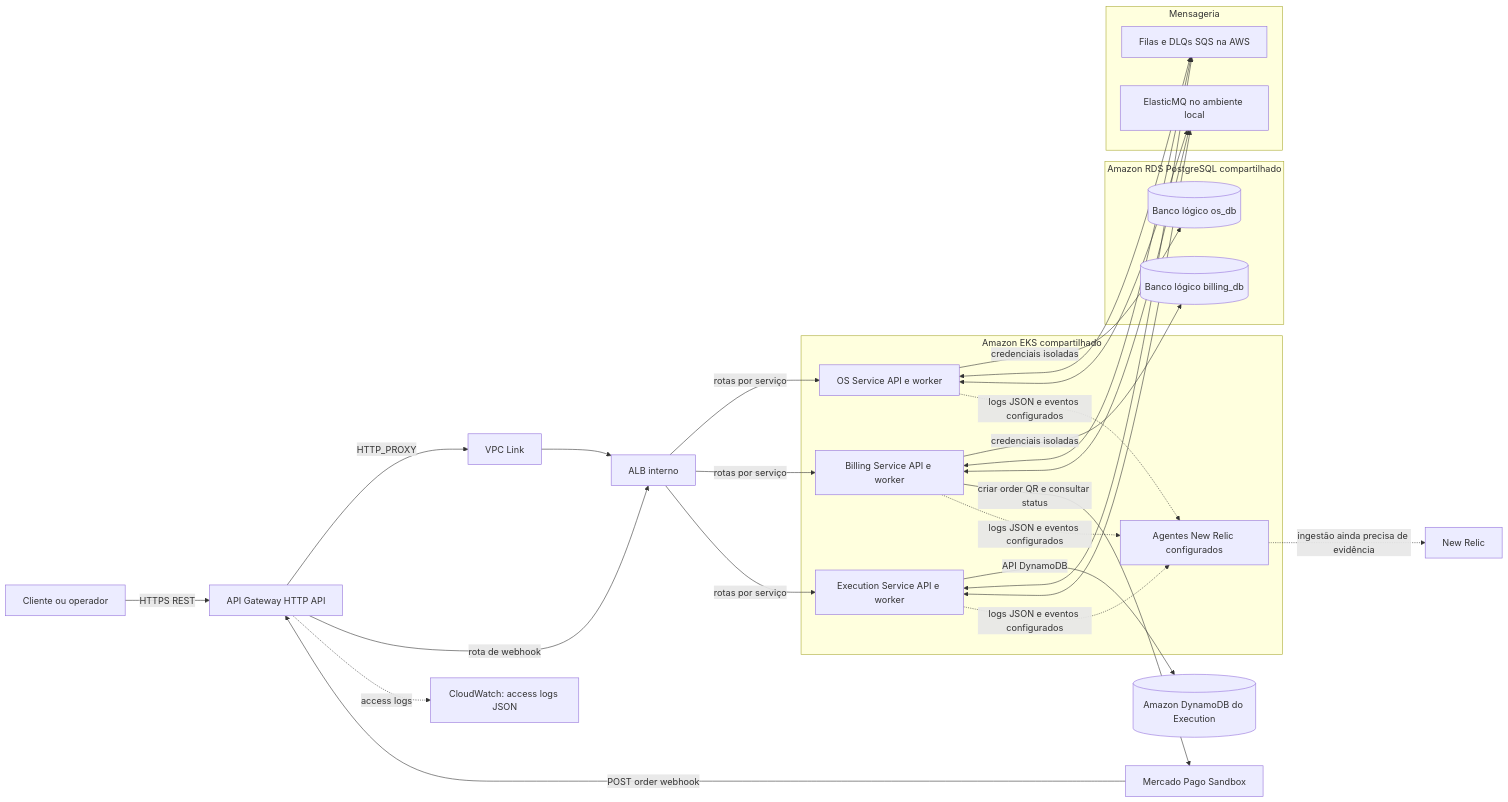
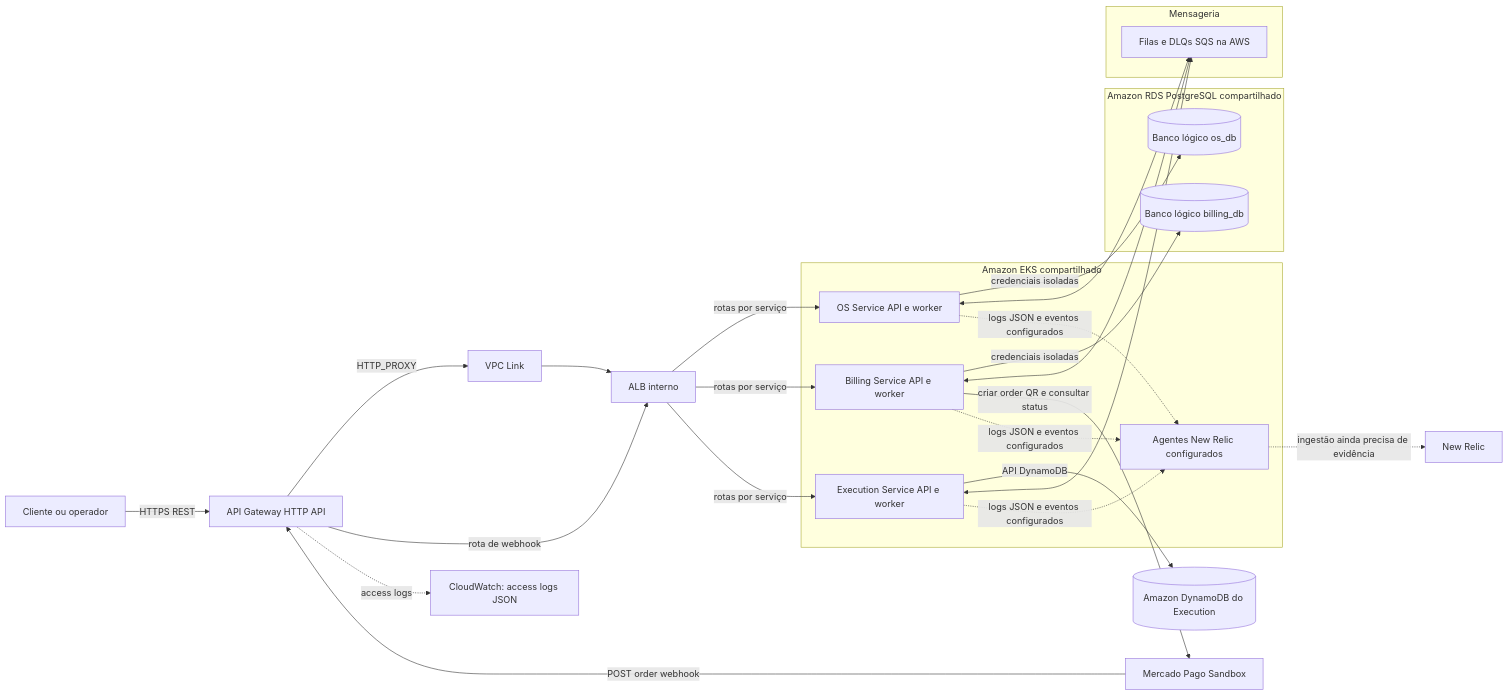
One commit to douradorobert-pos-fiap-project/architecture-docs changed the diagram in fase-4/diagrams/target-architecture.mmd. Above: the diagram before and after it, drawn with Mermaid. The commit also changed 15 other files, not shown here.

```diff
--- a/fase-4/diagrams/target-architecture.mmd
+++ b/fase-4/diagrams/target-architecture.mmd
@@ -1,55 +1,51 @@
 flowchart LR
     Client[Cliente ou operador]
     APIGW[API Gateway HTTP API]
     VPCLink[VPC Link]
     ALB[ALB interno]
 
     subgraph EKS[Amazon EKS compartilhado]
         OS[OS Service API e worker]
         Billing[Billing Service API e worker]
         Execution[Execution Service API e worker]
         NR[Agentes New Relic configurados]
     end
 
     subgraph SQL[Amazon RDS PostgreSQL compartilhado]
         OSDB[(Banco lógico os_db)]
         BillingDB[(Banco lógico billing_db)]
     end
 
     Dynamo[(Amazon DynamoDB do Execution)]
 
     subgraph Messaging[Mensageria]
         SQS[Filas e DLQs SQS na AWS]
-        ElasticMQ[ElasticMQ no ambiente local]
     end
 
     MP[Mercado Pago Sandbox]
     CloudWatch[CloudWatch: access logs JSON]
     NewRelic[New Relic]
 
     Client -->|HTTPS REST| APIGW
     APIGW -->|HTTP_PROXY| VPCLink --> ALB
     ALB -->|rotas por serviço| OS
     ALB -->|rotas por serviço| Billing
     ALB -->|rotas por serviço| Execution
 
     OS -->|credenciais isoladas| OSDB
     Billing -->|credenciais isoladas| BillingDB
     Execution -->|API DynamoDB| Dynamo
 
     OS <--> SQS
     Billing <--> SQS
     Execution <--> SQS
-    OS <--> ElasticMQ
-    Billing <--> ElasticMQ
-    Execution <--> ElasticMQ
 
     Billing -->|criar order QR e consultar status| MP
     MP -->|POST order webhook| APIGW
     APIGW -->|rota de webhook| ALB
 
     APIGW -. access logs .-> CloudWatch
     OS -. logs JSON e eventos configurados .-> NR
     Billing -. logs JSON e eventos configurados .-> NR
     Execution -. logs JSON e eventos configurados .-> NR
     NR -. ingestão ainda precisa de evidência .-> NewRelic
```
